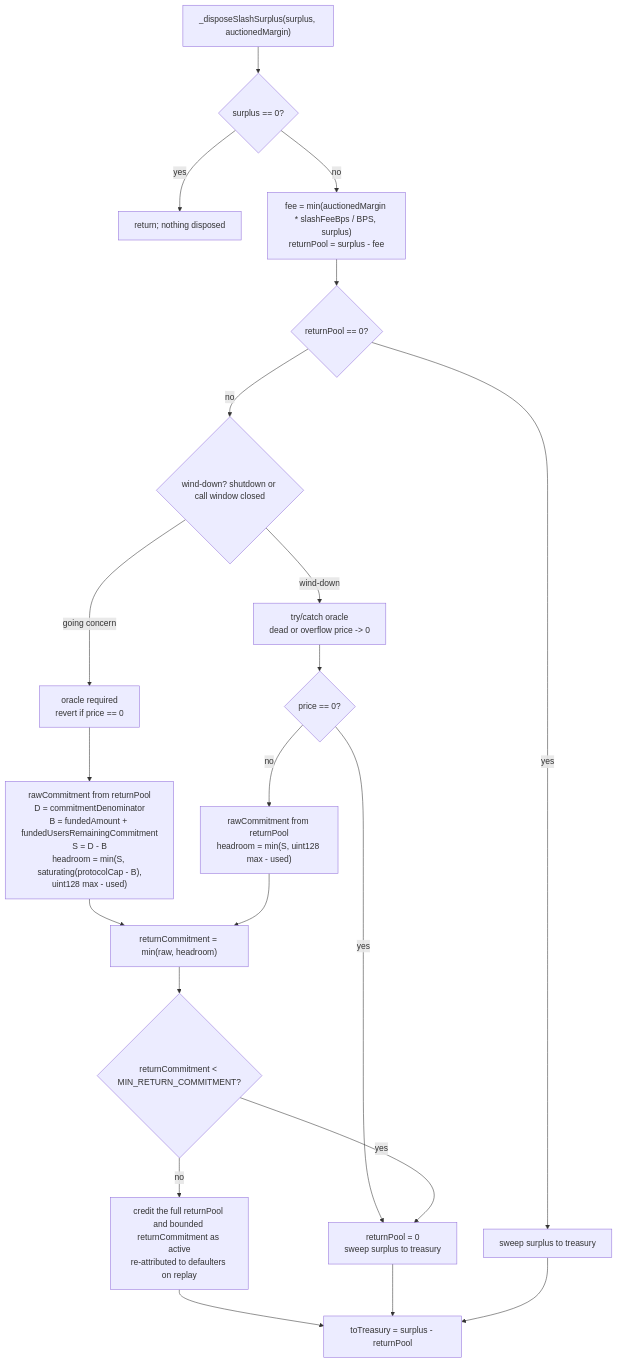
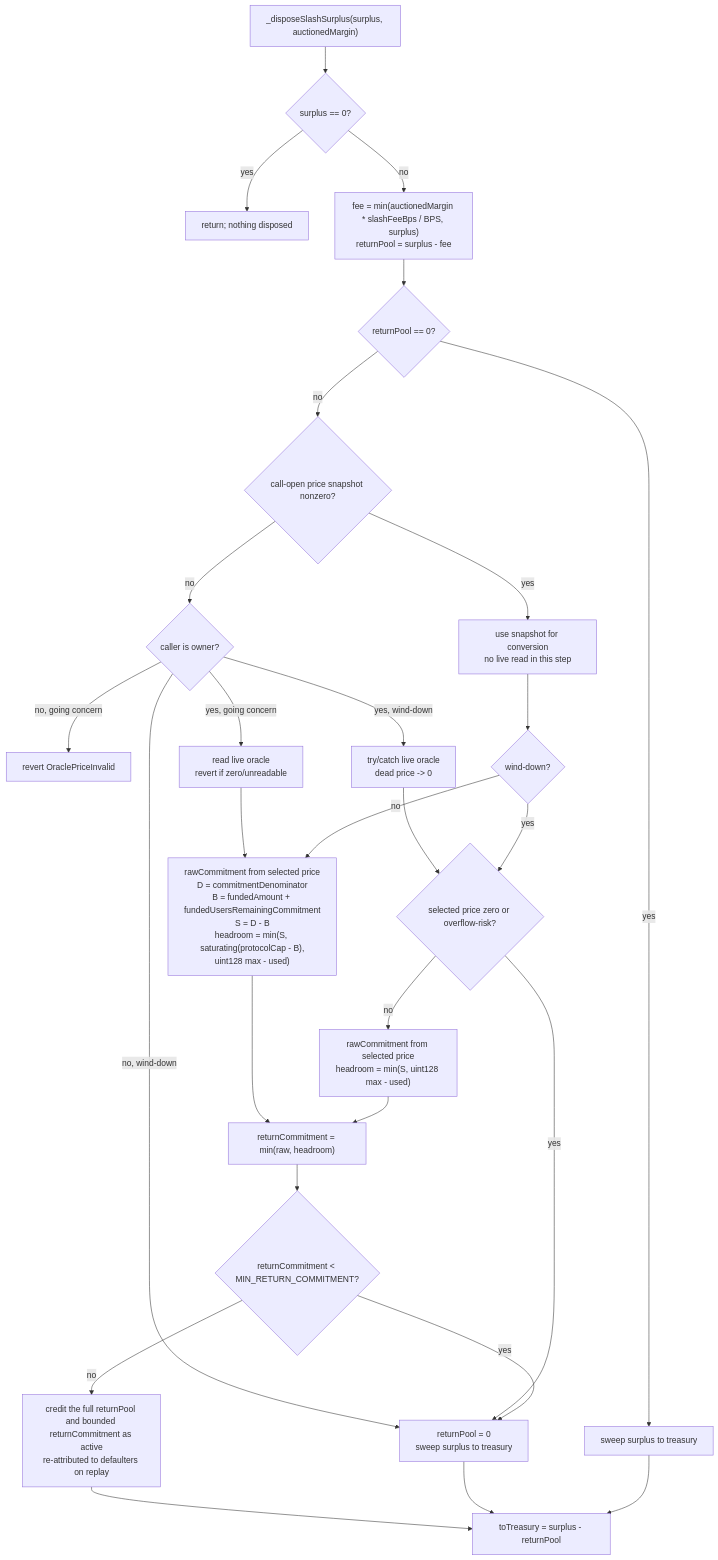
The fifth of 7 diagrams in src/lcc/README.md (3jane-protocol/moneymarket-contracts), drawn with Mermaid before and after one commit. The commit also changed other lines of this file and 24 other files, not shown here.

````diff
--- a/src/lcc/README.md
+++ b/src/lcc/README.md
@@ -426,23 +432,30 @@
 ```mermaid
 flowchart TD
     A["_disposeSlashSurplus(surplus, auctionedMargin)"] --> B{"surplus == 0?"}
     B -->|yes| Z["return; nothing disposed"]
     B -->|no| C["fee = min(auctionedMargin * slashFeeBps / BPS, surplus)<br/>returnPool = surplus - fee"]
     C --> D{"returnPool == 0?"}
     D -->|yes| T["sweep surplus to treasury"]
-    D -->|no| E{"wind-down? shutdown or call window closed"}
-    E -->|going concern| F["oracle required<br/>revert if price == 0"]
-    E -->|wind-down| G["try/catch oracle<br/>dead or overflow price -> 0"]
-    F --> H["rawCommitment from returnPool<br/>D = commitmentDenominator<br/>B = fundedAmount + fundedUsersRemainingCommitment<br/>S = D - B<br/>headroom = min(S, saturating(protocolCap - B),<br/>uint128 max - used)"]
-    G --> I{"price == 0?"}
-    I -->|yes| J["returnPool = 0<br/>sweep surplus to treasury"]
-    I -->|no| K["rawCommitment from returnPool<br/>headroom = min(S, uint128 max - used)"]
+    D -->|no| E{"call-open price snapshot nonzero?"}
+    E -->|yes| P["use snapshot for conversion<br/>no live read in this step"]
+    E -->|no| F{"caller is owner?"}
+    F -->|no, going concern| R["revert OraclePriceInvalid"]
+    F -->|no, wind-down| J["returnPool = 0<br/>sweep surplus to treasury"]
+    F -->|yes, going concern| G["read live oracle<br/>revert if zero/unreadable"]
+    F -->|yes, wind-down| I["try/catch live oracle<br/>dead price -> 0"]
+    P --> W{"wind-down?"}
+    G --> H["rawCommitment from selected price<br/>D = commitmentDenominator<br/>B = fundedAmount + fundedUsersRemainingCommitment<br/>S = D - B<br/>headroom = min(S, saturating(protocolCap - B),<br/>uint128 max - used)"]
+    I --> Q{"selected price zero or overflow-risk?"}
+    W -->|no| H
+    W -->|yes| Q
+    Q -->|yes| J
+    Q -->|no| K["rawCommitment from selected price<br/>headroom = min(S, uint128 max - used)"]
     H --> L["returnCommitment = min(raw, headroom)"]
     K --> L
     L --> M{"returnCommitment < MIN_RETURN_COMMITMENT?"}
     M -->|yes| J
     M -->|no| N["credit the full returnPool and bounded returnCommitment as active<br/>re-attributed to defaulters on replay"]
     N --> O["toTreasury = surplus - returnPool"]
     J --> O
     T --> O
 ```
````
